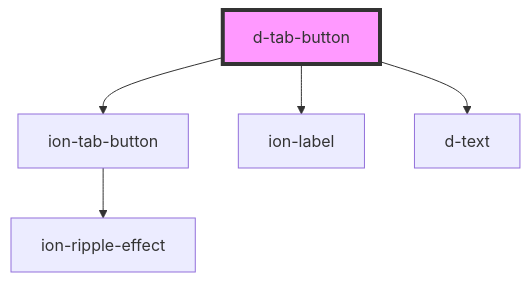
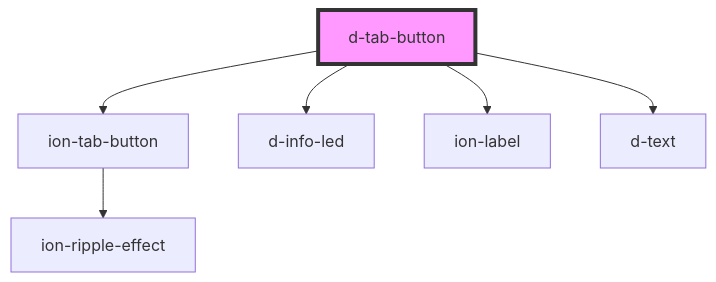
One commit to ForkbombEu/didroom-components changed the diagram in src/components/tab-button/readme.md. Above: the diagram before and after it, drawn with Mermaid. The commit also changed other lines of this file and 4 other files, not shown here.

````diff
--- a/src/components/tab-button/readme.md
+++ b/src/components/tab-button/readme.md
@@ -25,8 +27,9 @@
 ```mermaid
 graph TD;
   d-tab-button --> ion-tab-button
+  d-tab-button --> d-info-led
   d-tab-button --> ion-label
   d-tab-button --> d-text
   ion-tab-button --> ion-ripple-effect
   style d-tab-button fill:#f9f,stroke:#333,stroke-width:4px
 ```
````
